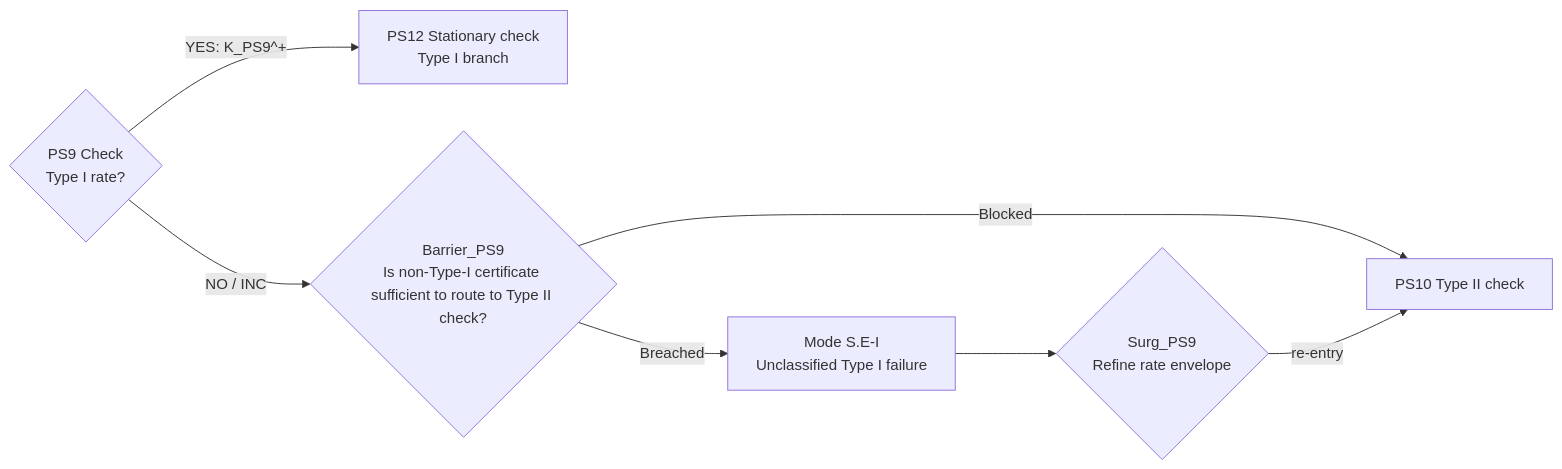
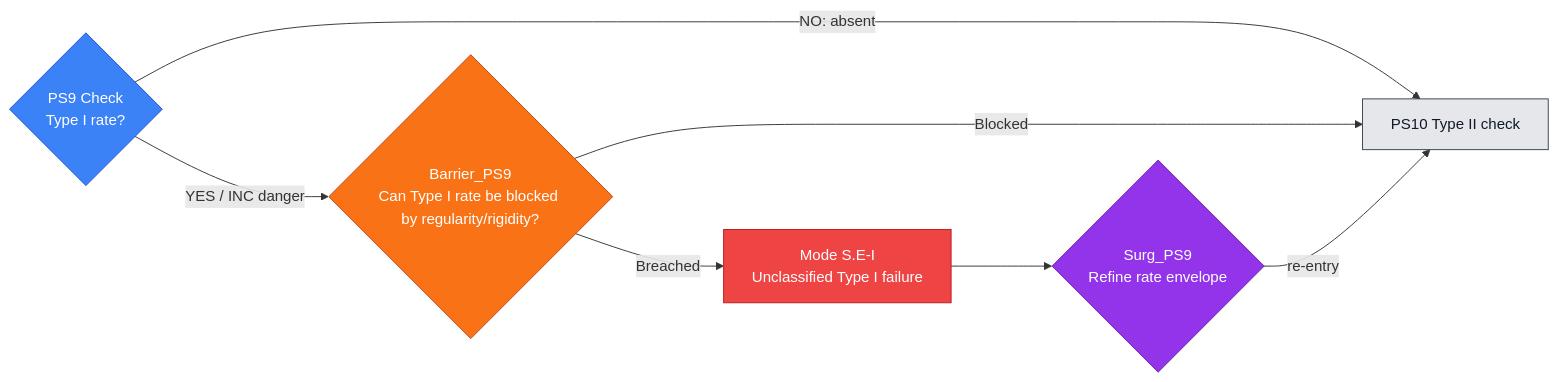
Diagram 15 of 54 in docs/source/1_hypostructure_formalism/edits/new_sieve.md (Guillemdb/hypostructure), drawn with Mermaid before and after one commit. The commit also changed other lines of this file and 5 other files, not shown here.

````diff
--- a/docs/source/1_hypostructure_formalism/edits/new_sieve.md
+++ b/docs/source/1_hypostructure_formalism/edits/new_sieve.md
@@ -312,10 +1552,23 @@
 ```mermaid
 flowchart LR
     C{"PS9 Check<br/>Type I rate?"}
-    C -- "YES: K_PS9^+" --> N["PS12 Stationary check<br/>Type I branch"]
-    C -- "NO / INC" --> B{"Barrier_PS9<br/>Is non-Type-I certificate sufficient to route to Type II check?"}
-    B -- "Blocked" --> N2["PS10 Type II check"]
+    C -- "NO: absent" --> N["PS10 Type II check"]
+    C -- "YES / INC danger" --> B{"Barrier_PS9<br/>Can Type I rate be blocked by regularity/rigidity?"}
+    B -- "Blocked" --> N
     B -- "Breached" --> M["Mode S.E-I<br/>Unclassified Type I failure"]
     M --> S{"Surg_PS9<br/>Refine rate envelope"}
-    S -- "re-entry" --> N2
+    S -- "re-entry" --> N
+
+    classDef check fill:#3b82f6,stroke:#1d4ed8,color:#ffffff;
+    classDef barrier fill:#f97316,stroke:#c2410c,color:#ffffff;
+    classDef mode fill:#ef4444,stroke:#b91c1c,color:#ffffff;
+    classDef surgery fill:#9333ea,stroke:#6b21a8,color:#ffffff;
+    classDef next fill:#e5e7eb,stroke:#374151,color:#111827;
+    classDef terminal fill:#fef3c7,stroke:#d97706,color:#111827;
+
+    class C check;
+    class B barrier;
+    class M mode;
+    class S surgery;
+    class N next;
 ```
````
